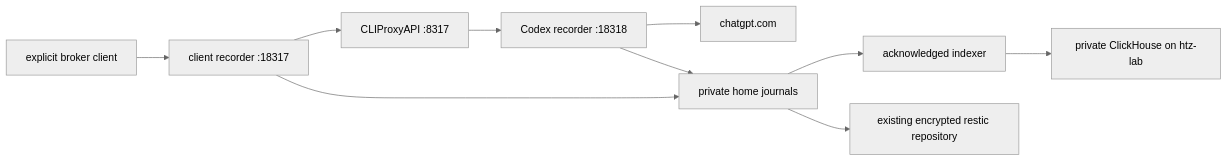
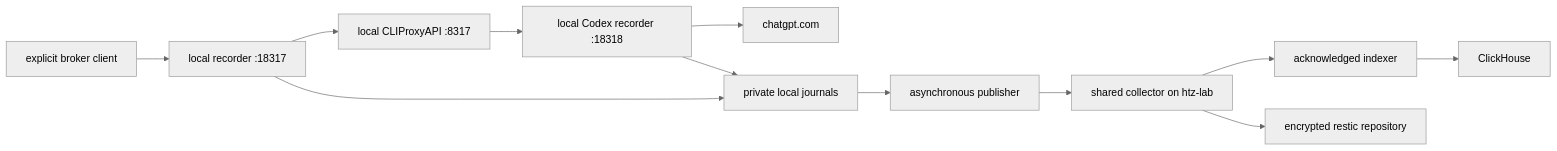
Before and after one commit to bdsqqq/dots: the diagram in modules/inference-archive/README.md, drawn with Mermaid (neutral theme). The commit also changed other lines of this file and 28 other files, not shown here.

````diff
--- a/modules/inference-archive/README.md
+++ b/modules/inference-archive/README.md
@@ -7,12 +6,14 @@
 ```mermaid
 flowchart LR
-  client[explicit broker client] --> edge[client recorder :18317]
-  edge --> broker[CLIProxyAPI :8317]
-  broker --> upstream[Codex recorder :18318]
+  client[explicit broker client] --> edge[local recorder :18317]
+  edge --> broker[local CLIProxyAPI :8317]
+  broker --> upstream[local Codex recorder :18318]
   upstream --> provider[chatgpt.com]
-  edge --> journal[private home journals]
-  upstream --> journal
-  journal --> indexer[acknowledged indexer]
-  indexer --> database[private ClickHouse on htz-lab]
-  journal --> backup[existing encrypted restic repository]
+  edge --> spool[private local journals]
+  upstream --> spool
+  spool --> publisher[asynchronous publisher]
+  publisher --> collector[shared collector on htz-lab]
+  collector --> indexer[acknowledged indexer]
+  indexer --> database[ClickHouse]
+  collector --> backup[encrypted restic repository]
 ```
````
